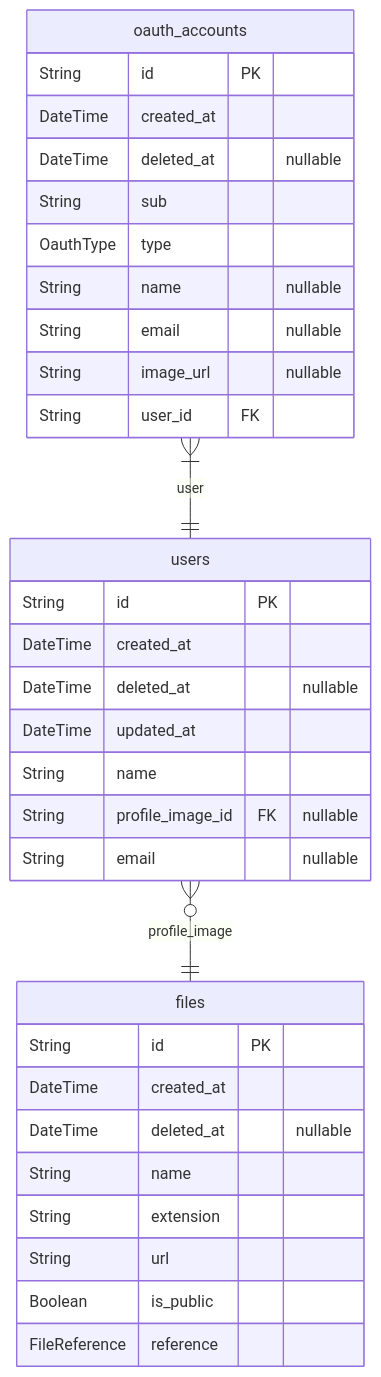
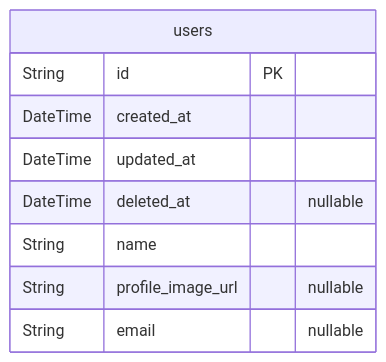
The second of 3 diagrams in ERD.md (rojiwon123/safe-nest-template), drawn with Mermaid before and after one commit. The commit also changed other lines of this file and 10 other files, not shown here.

Commit message:
erd template update

````diff
--- a/ERD.md
+++ b/ERD.md
@@ -345,35 +141,12 @@
 ```mermaid
 erDiagram
-files {
-    String id PK
-    DateTime created_at
-    DateTime deleted_at "nullable"
-    String name
-    String extension
-    String url
-    Boolean is_public
-    FileReference reference
-}
 users {
     String id PK
     DateTime created_at
+    DateTime updated_at
     DateTime deleted_at "nullable"
-    DateTime updated_at
     String name
-    String profile_image_id FK "nullable"
+    String profile_image_url "nullable"
     String email "nullable"
 }
-oauth_accounts {
-    String id PK
-    DateTime created_at
-    DateTime deleted_at "nullable"
-    String sub
-    OauthType type
-    String name "nullable"
-    String email "nullable"
-    String image_url "nullable"
-    String user_id FK
-}
-users }o--|| files : profile_image
-oauth_accounts }|--|| users : user
 ```
````
